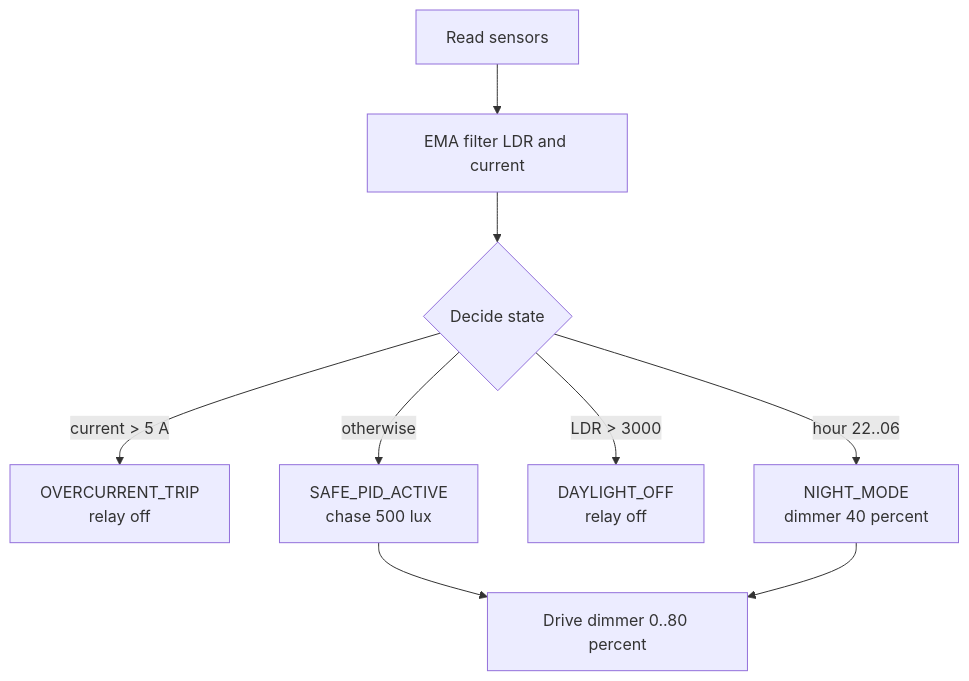
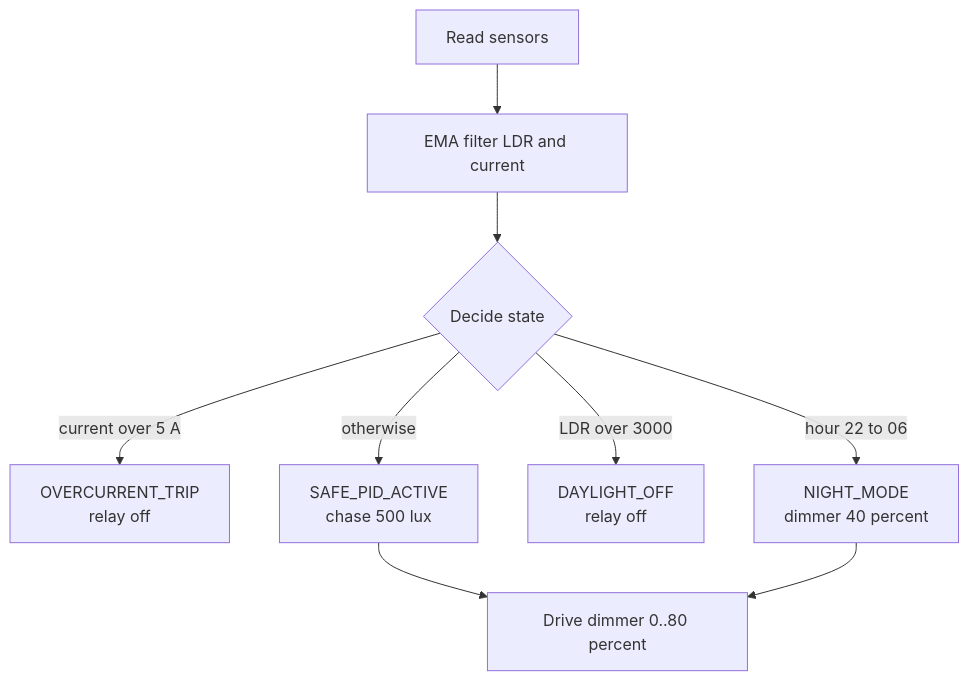
The diagram in docs/FIRMWARE.md (GifariKemal/anggie-smart-light), drawn with Mermaid before and after one commit. The commit also changed 2 other files, not shown here.

Commit message:
docs: add Download APK badge, harden mermaid diagrams for GitHub render

````diff
--- a/docs/FIRMWARE.md
+++ b/docs/FIRMWARE.md
@@ -81,11 +81,11 @@
 ```mermaid
 flowchart TD
   R["Read sensors"] --> F["EMA filter LDR and current"]
   F --> D{"Decide state"}
-  D -->|"current > 5 A"| OC["OVERCURRENT_TRIP<br/>relay off"]
-  D -->|"hour 22..06"| NM["NIGHT_MODE<br/>dimmer 40 percent"]
-  D -->|"LDR > 3000"| DO["DAYLIGHT_OFF<br/>relay off"]
+  D -->|"current over 5 A"| OC["OVERCURRENT_TRIP<br/>relay off"]
+  D -->|"hour 22 to 06"| NM["NIGHT_MODE<br/>dimmer 40 percent"]
+  D -->|"LDR over 3000"| DO["DAYLIGHT_OFF<br/>relay off"]
   D -->|"otherwise"| PID["SAFE_PID_ACTIVE<br/>chase 500 lux"]
   PID --> OUT["Drive dimmer 0..80 percent"]
   NM --> OUT
 ```
````
